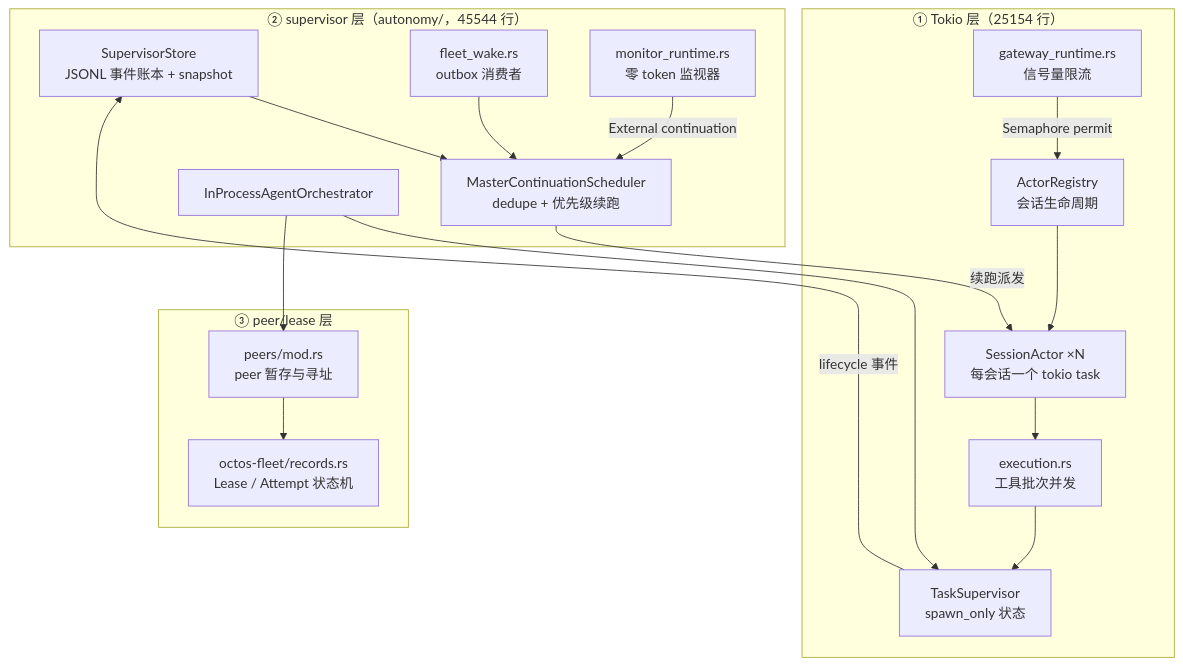
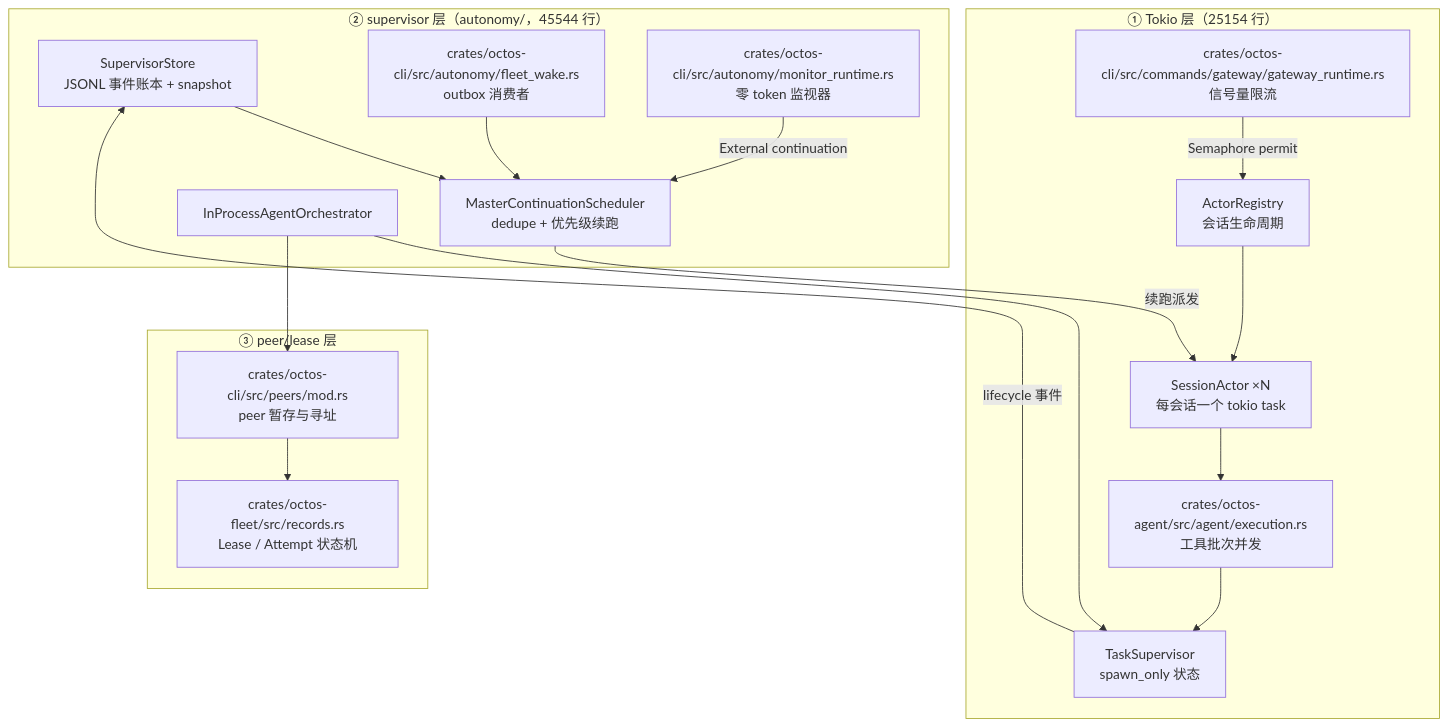
The first of 3 diagrams in chapters/ch12-concurrency.md (octos-org/octos-book), drawn with Mermaid before and after one commit. The commit also changed other lines of this file and 39 other files, not shown here.

````diff
--- a/chapters/ch12-concurrency.md
+++ b/chapters/ch12-concurrency.md
@@ -17,31 +17,31 @@
 ```mermaid
 flowchart TB
     subgraph L3["③ peer/lease 层"]
-        PEERS["peers/mod.rs<br/>peer 暂存与寻址"]
-        LEASE["octos-fleet/records.rs<br/>Lease / Attempt 状态机"]
+        PEERS["crates/octos-cli/src/peers/mod.rs<br/>peer 暂存与寻址"]
+        LEASE["crates/octos-fleet/src/records.rs<br/>Lease / Attempt 状态机"]
     end
     subgraph L2["② supervisor 层（autonomy/，45544 行）"]
         STORE["SupervisorStore<br/>JSONL 事件账本 + snapshot"]
         SCHED["MasterContinuationScheduler<br/>dedupe + 优先级续跑"]
         ORCH["InProcessAgentOrchestrator"]
-        WAKE["fleet_wake.rs<br/>outbox 消费者"]
-        MON["monitor_runtime.rs<br/>零 token 监视器"]
+        WAKE["crates/octos-cli/src/autonomy/fleet_wake.rs<br/>outbox 消费者"]
+        MON["crates/octos-cli/src/autonomy/monitor_runtime.rs<br/>零 token 监视器"]
     end
     subgraph L1["① Tokio 层（25154 行）"]
-        GW["gateway_runtime.rs<br/>信号量限流"]
+        GW["crates/octos-cli/src/commands/gateway/gateway_runtime.rs<br/>信号量限流"]
         REG["ActorRegistry<br/>会话生命周期"]
         ACTOR["SessionActor ×N<br/>每会话一个 tokio task"]
-        TOOLS["execution.rs<br/>工具批次并发"]
+        TOOLS["crates/octos-agent/src/agent/execution.rs<br/>工具批次并发"]
         TS["TaskSupervisor<br/>spawn_only 状态"]
     end
     GW -->|"Semaphore permit"| REG --> ACTOR
     ACTOR --> TOOLS --> TS
     TS -->|"lifecycle 事件"| STORE
     SCHED -->|"续跑派发"| ACTOR
     ORCH --> TS
     STORE --> SCHED
     WAKE --> SCHED
     MON -->|"External continuation"| SCHED
     ORCH --> PEERS
     PEERS --> LEASE
 ```
````
